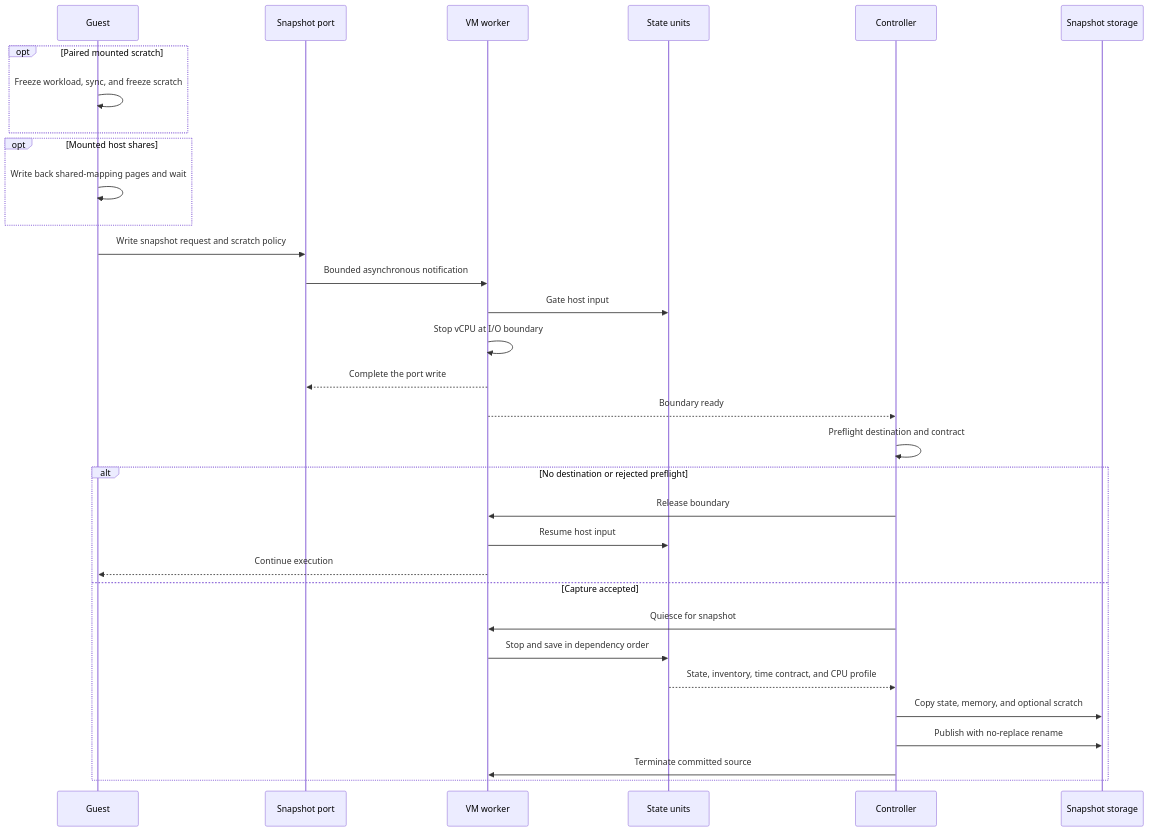
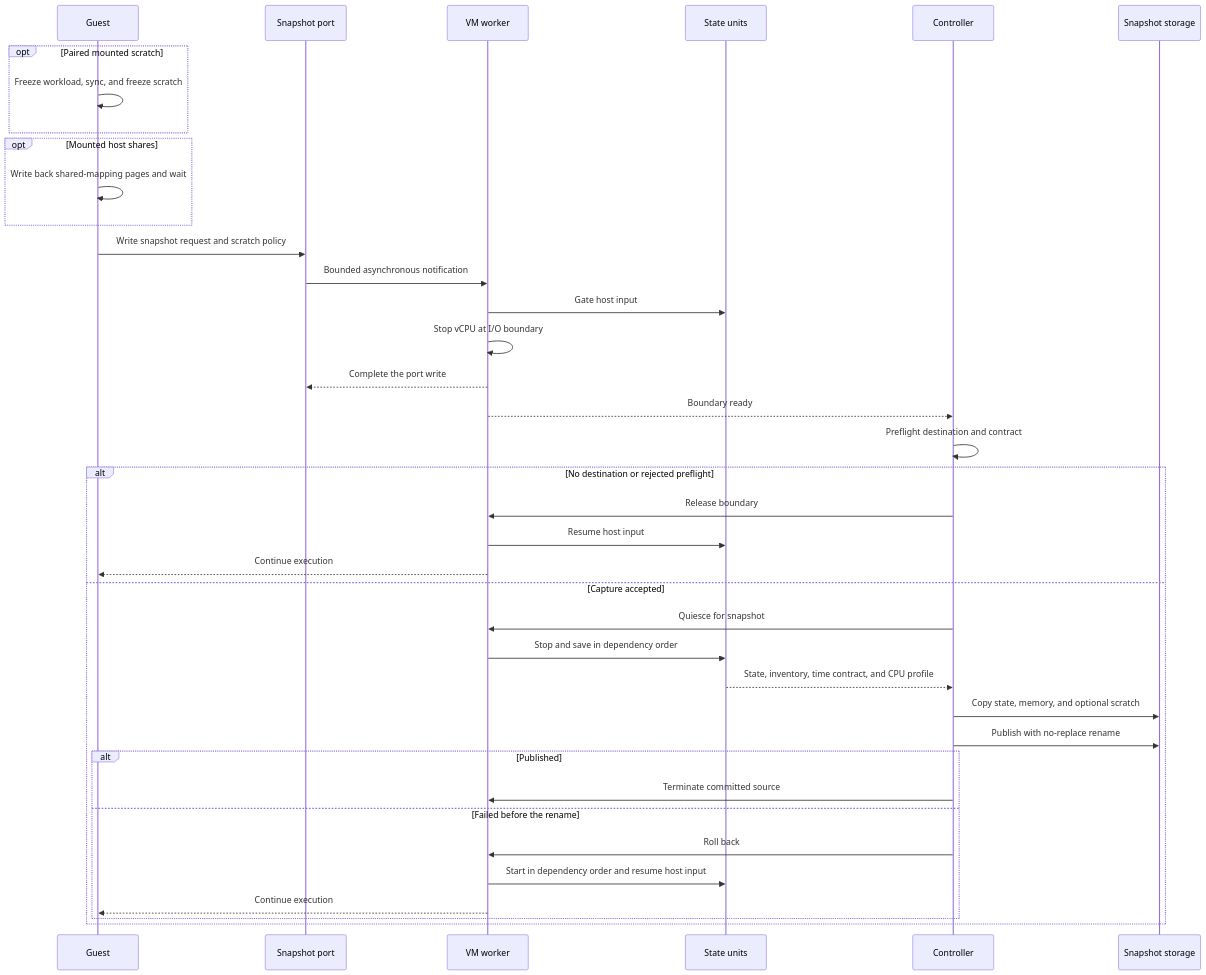
The first of 2 diagrams in doc/design/5.3-snapshot-protocol.md (microsoft/nvx), drawn with Mermaid before and after one commit. The commit also changed other lines of this file and 2 other files, not shown here.

````diff
--- a/doc/design/5.3-snapshot-protocol.md
+++ b/doc/design/5.3-snapshot-protocol.md
@@ -157,35 +155,41 @@
 ```mermaid
 sequenceDiagram
    participant Guest
    participant Port as Snapshot port
    participant Worker as VM worker
    participant Units as State units
    participant Controller
    participant Storage as Snapshot storage
 
    opt Paired mounted scratch
       Guest->>Guest: Freeze workload, sync, and freeze scratch
    end
    opt Mounted host shares
       Guest->>Guest: Write back shared-mapping pages and wait
    end
    Guest->>Port: Write snapshot request and scratch policy
    Port->>Worker: Bounded asynchronous notification
    Worker->>Units: Gate host input
    Worker->>Worker: Stop vCPU at I/O boundary
    Worker-->>Port: Complete the port write
    Worker-->>Controller: Boundary ready
    Controller->>Controller: Preflight destination and contract
    alt No destination or rejected preflight
       Controller->>Worker: Release boundary
       Worker->>Units: Resume host input
       Worker-->>Guest: Continue execution
    else Capture accepted
       Controller->>Worker: Quiesce for snapshot
       Worker->>Units: Stop and save in dependency order
       Units-->>Controller: State, inventory, time contract, and CPU profile
       Controller->>Storage: Copy state, memory, and optional scratch
       Controller->>Storage: Publish with no-replace rename
-      Controller->>Worker: Terminate committed source
+      alt Published
+         Controller->>Worker: Terminate committed source
+      else Failed before the rename
+         Controller->>Worker: Roll back
+         Worker->>Units: Start in dependency order and resume host input
+         Worker-->>Guest: Continue execution
+      end
    end
 ```
````
